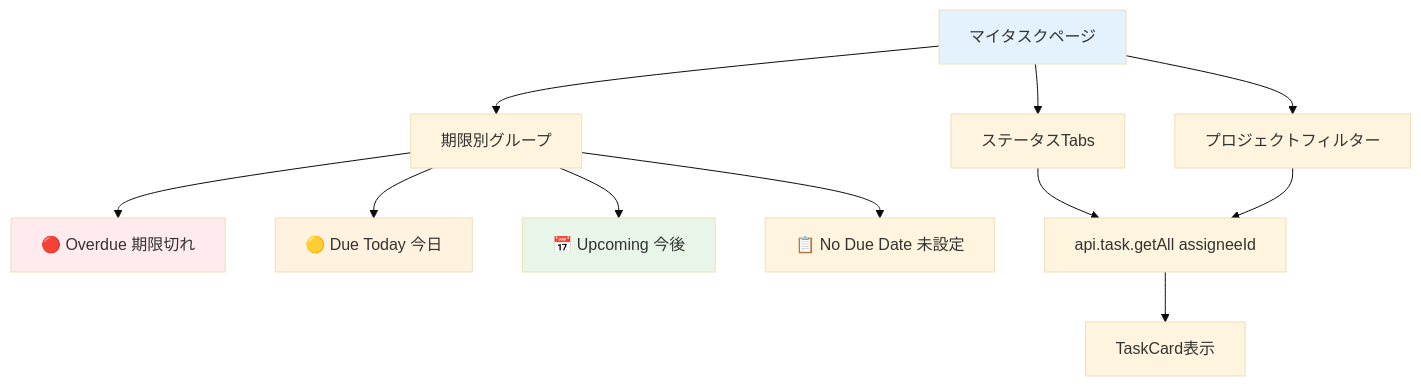
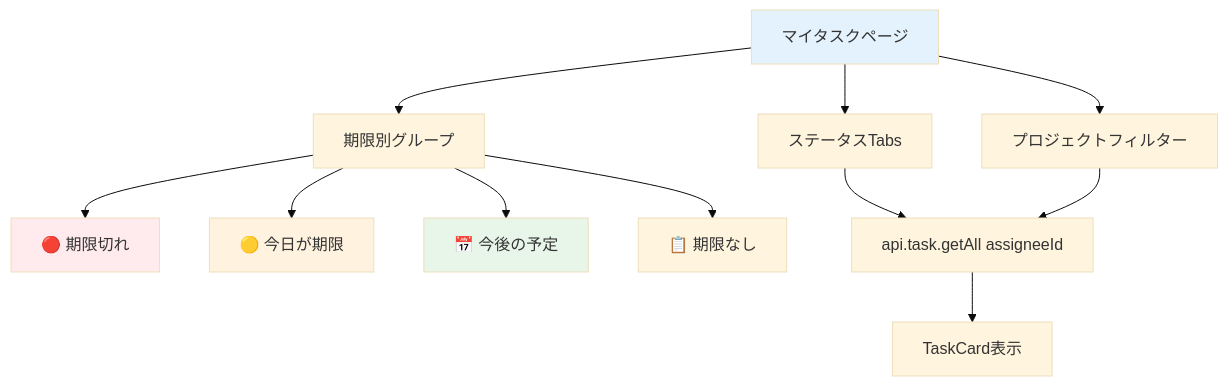
The diagram in material/30days-curriculum/day17_自分のタスクページ.md (kouiso/task-app), drawn with Mermaid (base theme) before and after one commit. The commit also changed other lines of this file and 50 other files, not shown here.

````diff
--- a/material/30days-curriculum/day17_自分のタスクページ.md
+++ b/material/30days-curriculum/day17_自分のタスクページ.md
@@ -24,19 +24,19 @@
 ```mermaid
 graph TD
     A[マイタスクページ] --> B[ステータスTabs]
     A --> C[プロジェクトフィルター]
     A --> D[期限別グループ]
-    D --> E[🔴 Overdue 期限切れ]
-    D --> F[🟡 Due Today 今日]
-    D --> G[📅 Upcoming 今後]
-    D --> H[📋 No Due Date 未設定]
+    D --> E[🔴 期限切れ]
+    D --> F[🟡 今日が期限]
+    D --> G[📅 今後の予定]
+    D --> H[📋 期限なし]
 
     B --> I[api.task.getAll assigneeId]
     C --> I
     I --> J[TaskCard表示]
 
     style A fill:#e3f2fd
     style E fill:#ffebee
     style F fill:#fff3e0
     style G fill:#e8f5e9
 ```
````
